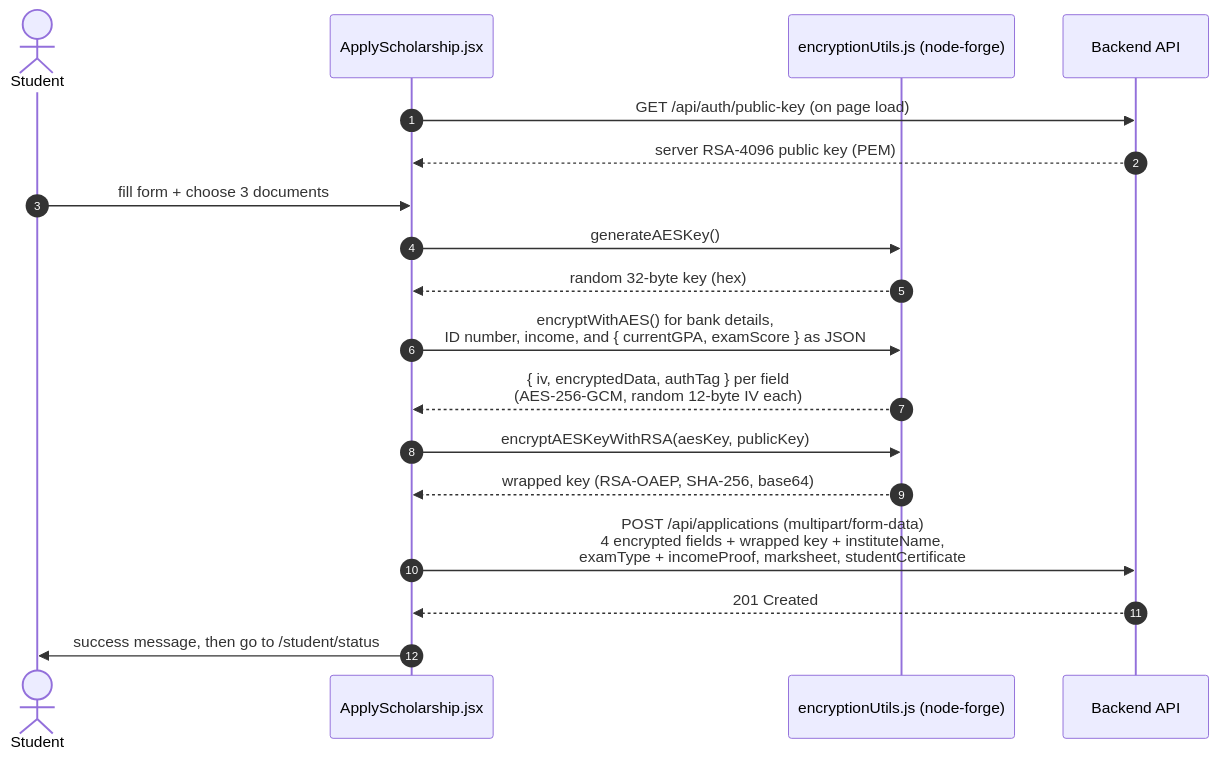
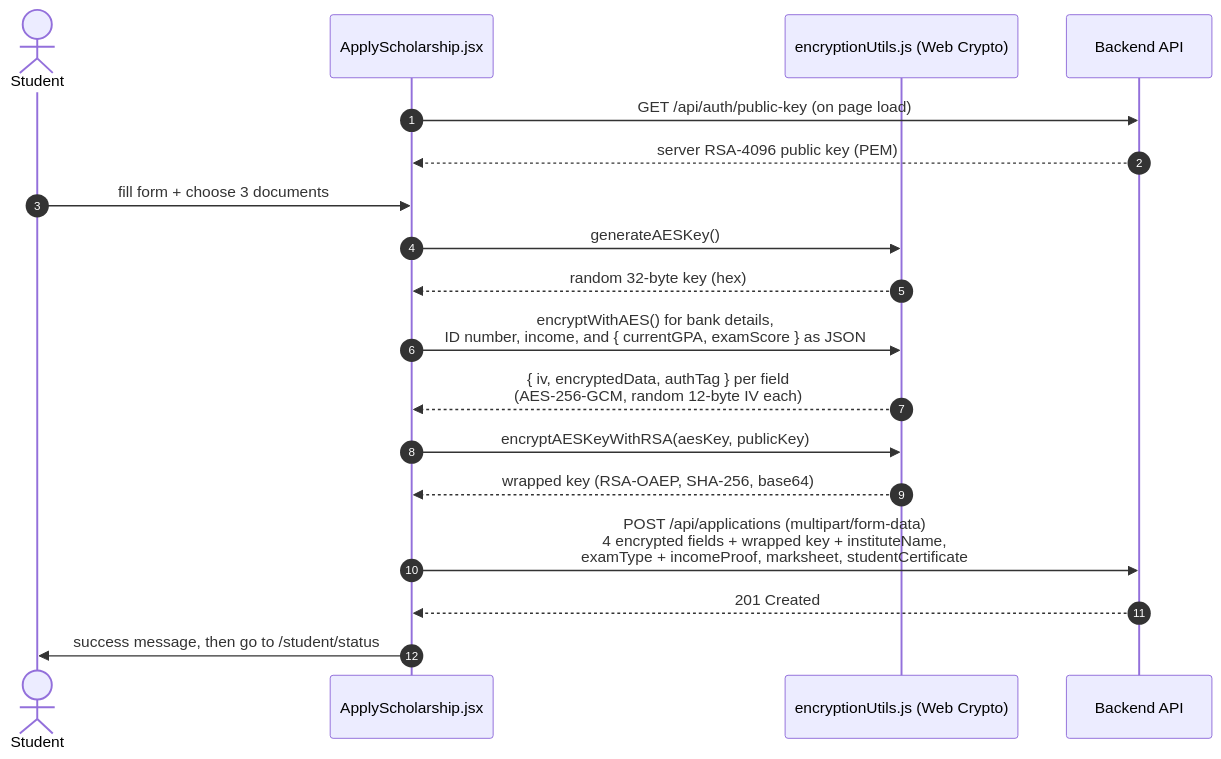
One commit to USER1043/ScholarshipSystem-Frontend changed the fifth of 6 diagrams in docs/ARCHITECTURE.md. Above: the diagram before and after it, drawn with Mermaid. The commit also changed other lines of this file and 1 other file, not shown here.

First line of the commit message:
docs: fold contributor guide content into README and ARCHITECTURE

````diff
--- a/docs/ARCHITECTURE.md
+++ b/docs/ARCHITECTURE.md
@@ -164,21 +165,21 @@
 ```mermaid
 sequenceDiagram
     autonumber
     actor S as Student
     participant AS as ApplyScholarship.jsx
-    participant EU as encryptionUtils.js (node-forge)
+    participant EU as encryptionUtils.js (Web Crypto)
     participant API as Backend API
 
     AS->>API: GET /api/auth/public-key (on page load)
     API-->>AS: server RSA-4096 public key (PEM)
     S->>AS: fill form + choose 3 documents
     AS->>EU: generateAESKey()
     EU-->>AS: random 32-byte key (hex)
     AS->>EU: encryptWithAES() for bank details,<br/>ID number, income, and { currentGPA, examScore } as JSON
     EU-->>AS: { iv, encryptedData, authTag } per field<br/>(AES-256-GCM, random 12-byte IV each)
     AS->>EU: encryptAESKeyWithRSA(aesKey, publicKey)
     EU-->>AS: wrapped key (RSA-OAEP, SHA-256, base64)
     AS->>API: POST /api/applications (multipart/form-data)<br/>4 encrypted fields + wrapped key + instituteName,<br/>examType + incomeProof, marksheet, studentCertificate
     API-->>AS: 201 Created
     AS->>S: success message, then go to /student/status
 ```
````
